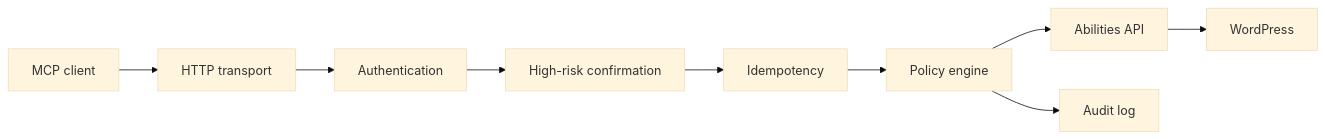
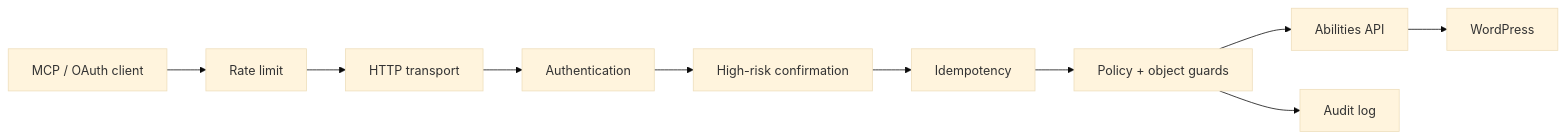
Before and after one commit to akelaonline/WP-Nerve: the first of 2 diagrams in README.md, drawn with Mermaid (base theme). The commit also changed other lines of this file, not shown here.

````diff
--- a/README.md
+++ b/README.md
@@ -64,11 +68,12 @@
 ```mermaid
 flowchart LR
-    A["MCP client"] --> B["HTTP transport"]
-    B --> C["Authentication"]
-    C --> D["High-risk confirmation"]
-    D --> E["Idempotency"]
-    E --> F["Policy engine"]
-    F --> G["Abilities API"]
-    G --> H["WordPress"]
-    F --> I["Audit log"]
+    A["MCP / OAuth client"] --> B["Rate limit"]
+    B --> C["HTTP transport"]
+    C --> D["Authentication"]
+    D --> E["High-risk confirmation"]
+    E --> F["Idempotency"]
+    F --> G["Policy + object guards"]
+    G --> H["Abilities API"]
+    H --> I["WordPress"]
+    G --> J["Audit log"]
 ```
````
